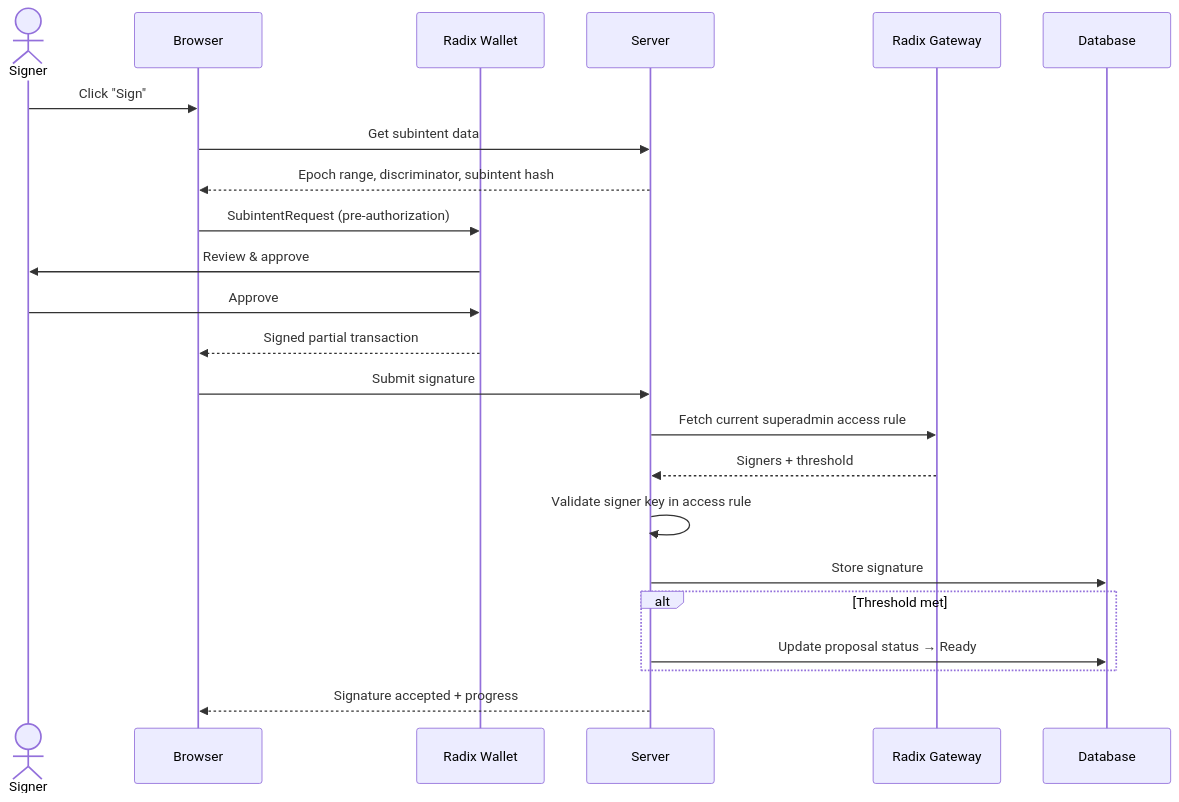
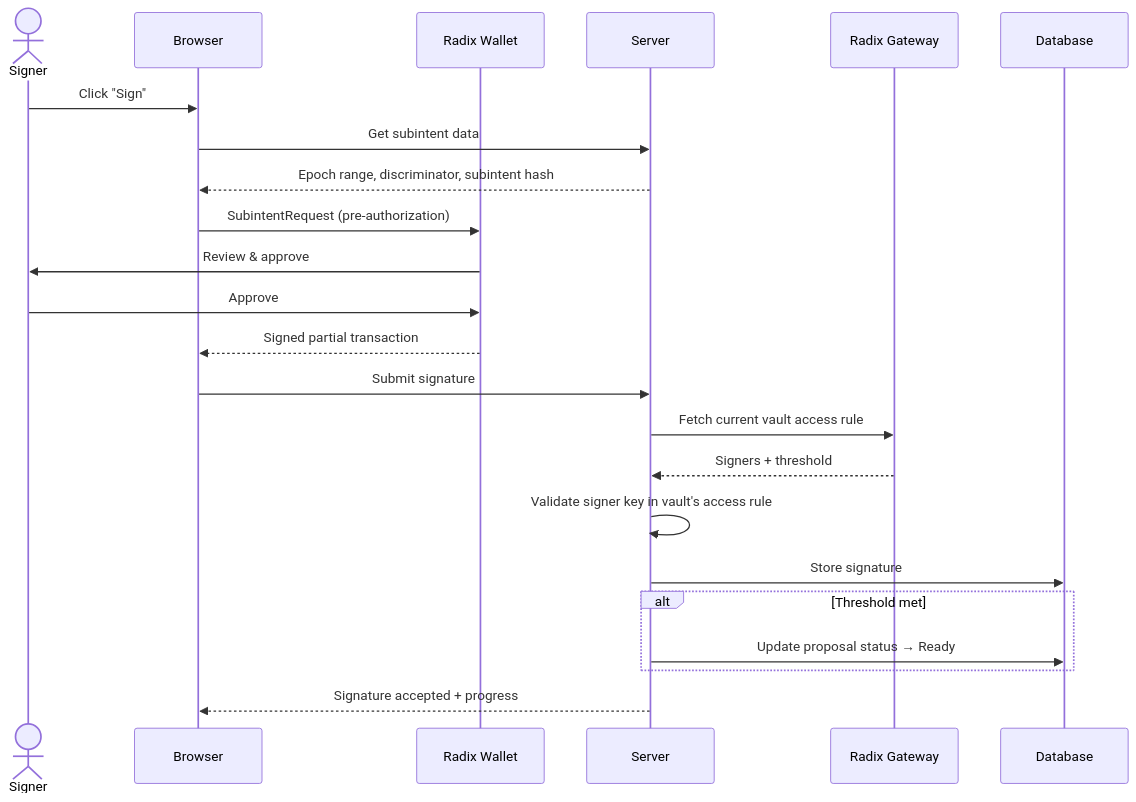
The sixth of 8 diagrams in docs/PRODUCT_SCOPE.md (xstelea/radix-vaults), drawn with Mermaid before and after one commit. The commit also changed other lines of this file, not shown here.

Commit message:
Update product scope for per-vault threshold model

````diff
--- a/docs/PRODUCT_SCOPE.md
+++ b/docs/PRODUCT_SCOPE.md
@@ -249,26 +252,26 @@
 ```mermaid
 sequenceDiagram
     actor U as Signer
     participant B as Browser
     participant W as Radix Wallet
     participant S as Server
     participant GW as Radix Gateway
     participant DB as Database
 
     U->>B: Click "Sign"
     B->>S: Get subintent data
     S-->>B: Epoch range, discriminator, subintent hash
     B->>W: SubintentRequest (pre-authorization)
     W->>U: Review & approve
     U->>W: Approve
     W-->>B: Signed partial transaction
     B->>S: Submit signature
-    S->>GW: Fetch current superadmin access rule
+    S->>GW: Fetch current vault access rule
     GW-->>S: Signers + threshold
-    S->>S: Validate signer key in access rule
+    S->>S: Validate signer key in vault's access rule
     S->>DB: Store signature
     alt Threshold met
         S->>DB: Update proposal status → Ready
     end
     S-->>B: Signature accepted + progress
 ```
````
